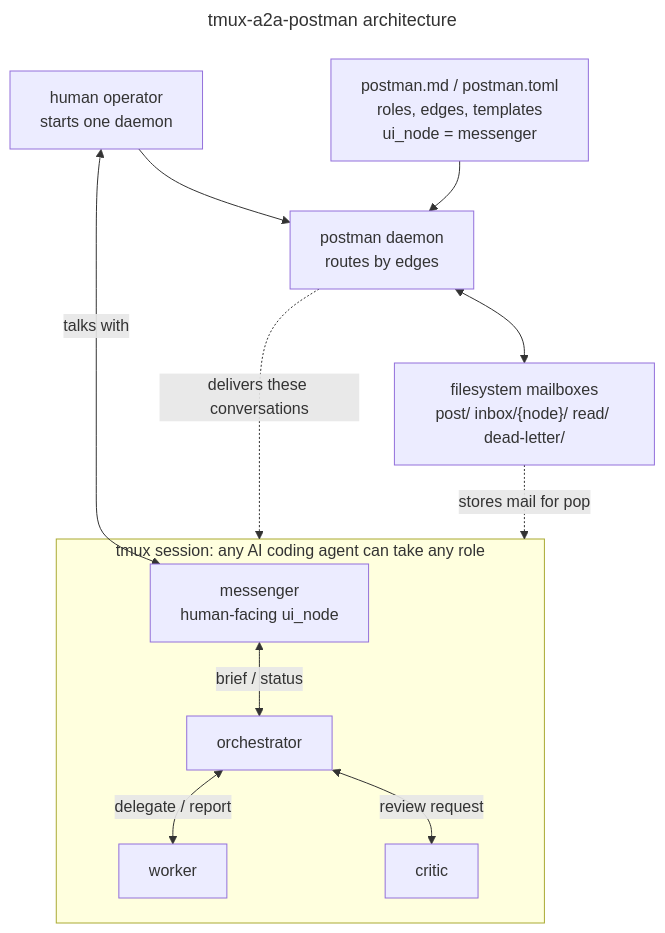
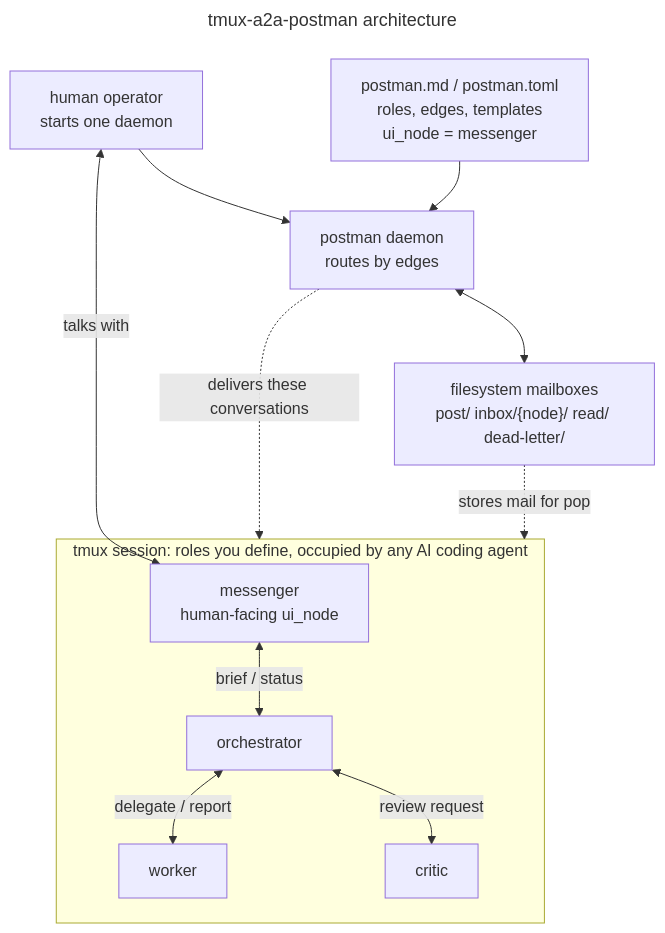
The first of 2 diagrams in README.md (i9wa4/tmux-a2a-postman), drawn with Mermaid before and after one commit. The commit also changed other lines of this file, not shown here.

Commit message:
docs: clarify user-defined roles

````diff
--- a/README.md
+++ b/README.md
@@ -14,27 +15,27 @@
 ```mermaid
 ---
 title: tmux-a2a-postman architecture
 ---
 graph TD
     human["human operator\nstarts one daemon"]
     config["postman.md / postman.toml\nroles, edges, templates\nui_node = messenger"]
     daemon["postman daemon\nroutes by edges"]
     mailbox["filesystem mailboxes\npost/ inbox/{node}/ read/ dead-letter/"]
 
-    subgraph tmux["tmux session: any AI coding agent can take any role"]
+    subgraph tmux["tmux session: roles you define, occupied by any AI coding agent"]
         messenger["messenger\nhuman-facing ui_node"]
         orchestrator["orchestrator"]
         worker["worker"]
         critic["critic"]
     end
 
     human --> daemon
     human <--> |talks with| messenger
     config --> daemon
     messenger <--> |brief / status| orchestrator
     orchestrator <--> |delegate / report| worker
     orchestrator <--> |review request| critic
     daemon <--> mailbox
     daemon -.->|delivers these conversations| tmux
     mailbox -.->|stores mail for pop| tmux
 ```
````
